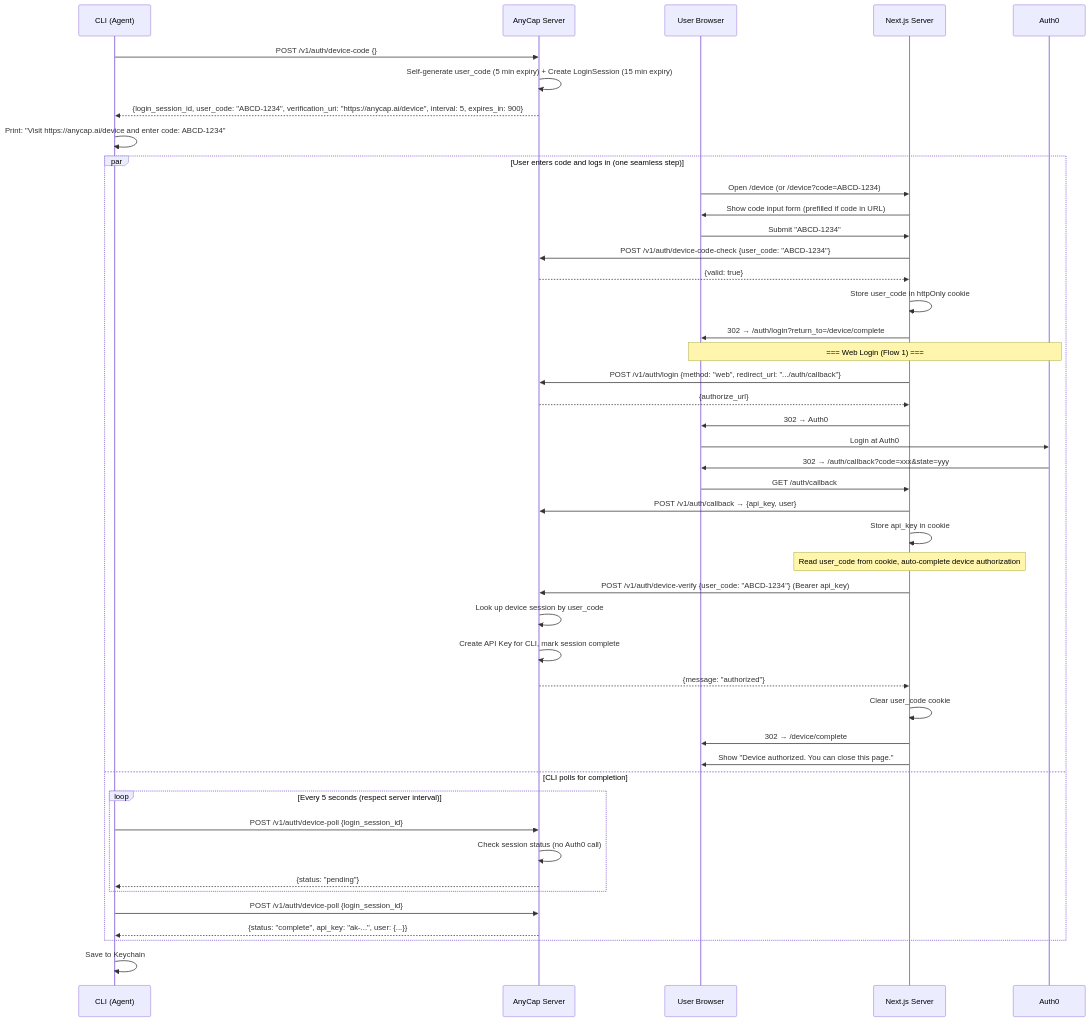
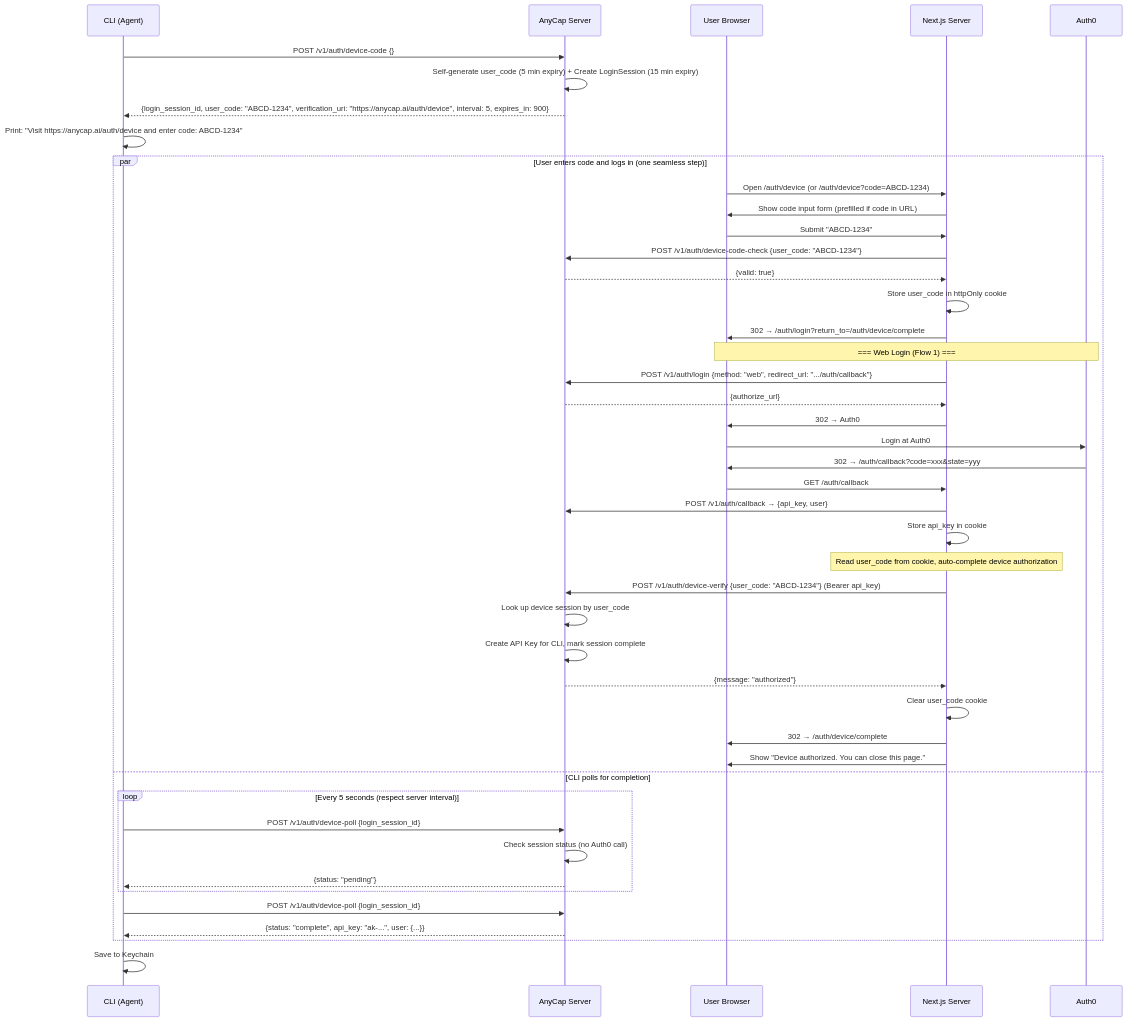
One commit to anycap-ai/anycap changed the third of 3 diagrams in docs/plans/2026-03-26-web-auth-flows.md. Above: the diagram before and after it, drawn with Mermaid. The commit also changed other lines of this file and 20 other files, not shown here.

First line of the commit message:
fix: update device verification URL references to /auth/device

````diff
--- a/docs/plans/2026-03-26-web-auth-flows.md
+++ b/docs/plans/2026-03-26-web-auth-flows.md
@@ -135,54 +135,54 @@
 ```mermaid
 sequenceDiagram
     participant C as CLI (Agent)
     participant S as AnyCap Server
     participant B as User Browser
     participant N as Next.js Server
     participant A as Auth0
 
     C->>S: POST /v1/auth/device-code {}
     S->>S: Self-generate user_code (5 min expiry) + Create LoginSession (15 min expiry)
-    S-->>C: {login_session_id, user_code: "ABCD-1234", verification_uri: "https://anycap.ai/device", interval: 5, expires_in: 900}
+    S-->>C: {login_session_id, user_code: "ABCD-1234", verification_uri: "https://anycap.ai/auth/device", interval: 5, expires_in: 900}
 
-    C->>C: Print: "Visit https://anycap.ai/device and enter code: ABCD-1234"
+    C->>C: Print: "Visit https://anycap.ai/auth/device and enter code: ABCD-1234"
 
     par User enters code and logs in (one seamless step)
-        B->>N: Open /device (or /device?code=ABCD-1234)
+        B->>N: Open /auth/device (or /auth/device?code=ABCD-1234)
         N->>B: Show code input form (prefilled if code in URL)
         B->>N: Submit "ABCD-1234"
         N->>S: POST /v1/auth/device-code-check {user_code: "ABCD-1234"}
         S-->>N: {valid: true}
         N->>N: Store user_code in httpOnly cookie
-        N->>B: 302 → /auth/login?return_to=/device/complete
+        N->>B: 302 → /auth/login?return_to=/auth/device/complete
 
         Note over B,A: === Web Login (Flow 1) ===
         N->>S: POST /v1/auth/login {method: "web", redirect_url: ".../auth/callback"}
         S-->>N: {authorize_url}
         N->>B: 302 → Auth0
         B->>A: Login at Auth0
         A->>B: 302 → /auth/callback?code=xxx&state=yyy
         B->>N: GET /auth/callback
         N->>S: POST /v1/auth/callback → {api_key, user}
         N->>N: Store api_key in cookie
 
         Note over N: Read user_code from cookie, auto-complete device authorization
         N->>S: POST /v1/auth/device-verify {user_code: "ABCD-1234"} (Bearer api_key)
         S->>S: Look up device session by user_code
         S->>S: Create API Key for CLI, mark session complete
         S-->>N: {message: "authorized"}
         N->>N: Clear user_code cookie
-        N->>B: 302 → /device/complete
+        N->>B: 302 → /auth/device/complete
         N->>B: Show "Device authorized. You can close this page."
 
     and CLI polls for completion
         loop Every 5 seconds (respect server interval)
             C->>S: POST /v1/auth/device-poll {login_session_id}
             S->>S: Check session status (no Auth0 call)
             S-->>C: {status: "pending"}
         end
         C->>S: POST /v1/auth/device-poll {login_session_id}
         S-->>C: {status: "complete", api_key: "ak-...", user: {...}}
     end
 
     C->>C: Save to Keychain
 ```
````
